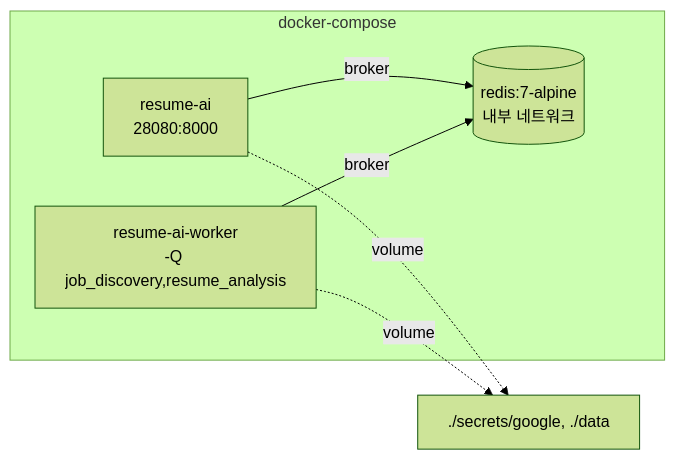
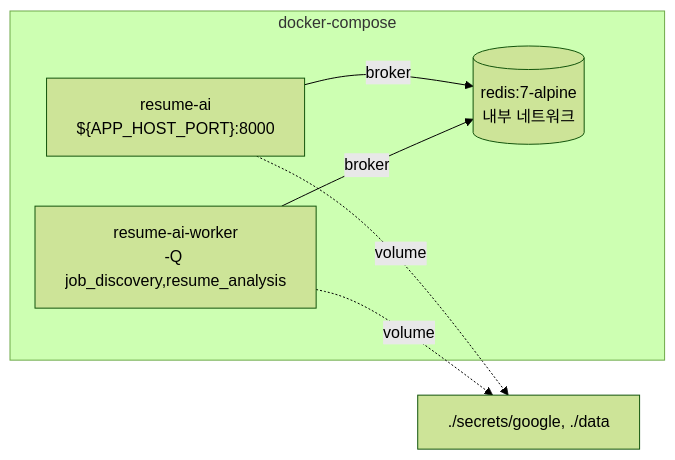
Before and after one commit to gwanghun-choi/resume-auto-analyzer: the seventh of 7 diagrams in README.md, drawn with Mermaid (forest theme). The commit also changed other lines of this file and 40 other files, not shown here.

````diff
--- a/README.md
+++ b/README.md
@@ -464,12 +468,12 @@
 ```mermaid
 flowchart LR
     subgraph compose["docker-compose"]
         redis[("redis:7-alpine<br/>내부 네트워크")]
-        app["resume-ai<br/>28080:8000"]
+        app["resume-ai<br/>${APP_HOST_PORT}:8000"]
         worker["resume-ai-worker<br/>-Q job_discovery,resume_analysis"]
     end
     app -->|broker| redis
     worker -->|broker| redis
     app -. "volume" .-> vol["./secrets/google, ./data"]
     worker -. "volume" .-> vol
 ```
````
